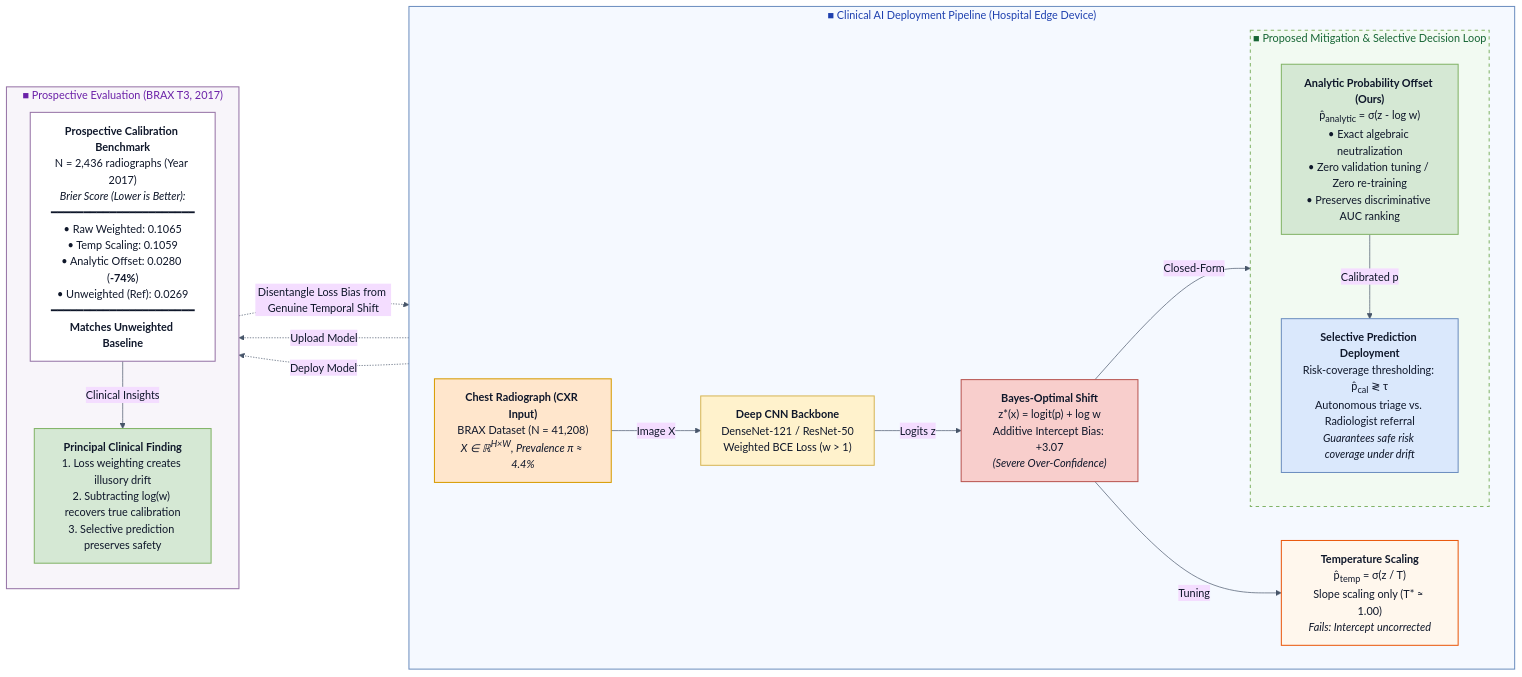
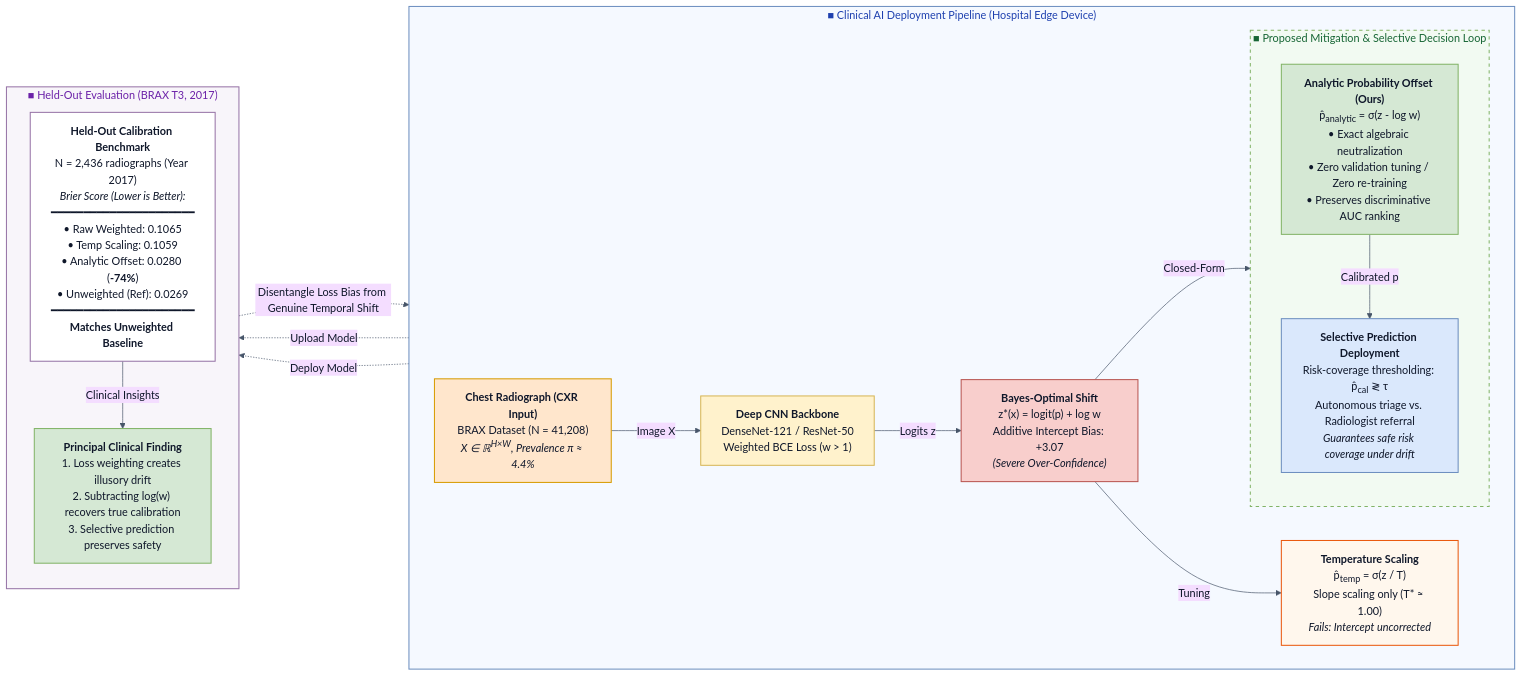
One commit to Vishesh-panghal/temporal-brax-calibration changed the diagram in manuscript_cibm/graphical_abstract.mmd. Above: the diagram before and after it, drawn with Mermaid. The commit also changed 7 other files, not shown here.

```diff
--- a/manuscript_cibm/graphical_abstract.mmd
+++ b/manuscript_cibm/graphical_abstract.mmd
@@ -1,75 +1,75 @@
 %%{init: {'theme': 'base', 'themeVariables': { 'fontFamily': 'arial, sans-serif', 'primaryTextColor': '#0F172A', 'lineColor': '#475569' }}}%%
 graph LR
 
     %% ==========================================
     %% 1. HOSPITAL EDGE DEPLOYMENT PIPELINE
     %% ==========================================
     subgraph EdgeDevice ["■ Clinical AI Deployment Pipeline (Hospital Edge Device)"]
         direction LR
 
         A["<b>Chest Radiograph (CXR Input)</b><br/>BRAX Dataset (N = 41,208)<br/><i>X ∈ ℝ<sup>H×W</sup>, Prevalence π ≈ 4.4%</i>"]
         B["<b>Deep CNN Backbone</b><br/>DenseNet-121 / ResNet-50<br/>Weighted BCE Loss (w > 1)"]
         C["<b>Bayes-Optimal Shift</b><br/>z*(x) = logit(p) + log w<br/>Additive Intercept Bias: +3.07<br/><i>(Severe Over-Confidence)</i>"]
 
         A -->|Image X| B
         B -->|Logits z| C
 
         %% Conventional Branch
         D["<b>Temperature Scaling</b><br/>p̂<sub>temp</sub> = σ(z / T)<br/>Slope scaling only (T* ≈ 1.00)<br/><i>Fails: Intercept uncorrected</i>"]
         C -->|Tuning| D
 
         %% Mitigation Subgraph
         subgraph MitigationLoop ["■ Proposed Mitigation & Selective Decision Loop"]
             direction TB
             E["<b>Analytic Probability Offset (Ours)</b><br/>p̂<sub>analytic</sub> = σ(z - log w)<br/>• Exact algebraic neutralization<br/>• Zero validation tuning / Zero re-training<br/>• Preserves discriminative AUC ranking"]
             F["<b>Selective Prediction Deployment</b><br/>Risk-coverage thresholding: p̂<sub>cal</sub> ≷ τ<br/>Autonomous triage vs. Radiologist referral<br/><i>Guarantees safe risk coverage under drift</i>"]
             
             E -->|Calibrated p| F
         end
 
         C -->|Closed-Form| E
     end
 
     %% ==========================================
-    %% 2. PROSPECTIVE EVALUATION LAYER (BRAX T3)
+    %% 2. HELD-OUT EVALUATION LAYER (BRAX T3)
     %% ==========================================
-    subgraph ProspectiveEval ["■ Prospective Evaluation (BRAX T3, 2017)"]
+    subgraph StratumEval ["■ Held-Out Evaluation (BRAX T3, 2017)"]
         direction TB
 
-        G["<b>Prospective Calibration Benchmark</b><br/>N = 2,436 radiographs (Year 2017)<br/><i>Brier Score (Lower is Better):</i><br/>━━━━━━━━━━━━━━━━━━━━━━<br/>• Raw Weighted: 0.1065<br/>• Temp Scaling: 0.1059<br/>• Analytic Offset: 0.0280 (<b>-74%</b>)<br/>• Unweighted (Ref): 0.0269<br/>━━━━━━━━━━━━━━━━━━━━━━<br/><b>Matches Unweighted Baseline</b>"]
+        G["<b>Held-Out Calibration Benchmark</b><br/>N = 2,436 radiographs (Year 2017)<br/><i>Brier Score (Lower is Better):</i><br/>━━━━━━━━━━━━━━━━━━━━━━<br/>• Raw Weighted: 0.1065<br/>• Temp Scaling: 0.1059<br/>• Analytic Offset: 0.0280 (<b>-74%</b>)<br/>• Unweighted (Ref): 0.0269<br/>━━━━━━━━━━━━━━━━━━━━━━<br/><b>Matches Unweighted Baseline</b>"]
         
         H["<b>Principal Clinical Finding</b><br/>1. Loss weighting creates illusory drift<br/>2. Subtracting log(w) recovers true calibration<br/>3. Selective prediction preserves safety"]
 
         G -->|Clinical Insights| H
     end
 
     %% ==========================================
     %% 3. INTER-CONTAINER CONNECTORS
     %% ==========================================
     D -.->|Upload Model| G
     F -.->|Deploy Model| G
     G -.->|Disentangle Loss Bias from Genuine Temporal Shift| B
 
     %% ==========================================
     %% STYLING (Draw.io Palette Matching)
     %% ==========================================
     classDef tanNode fill:#FFE6CC,stroke:#D79B00,stroke-width:1.5px,color:#0F172A;
     classDef yellowNode fill:#FFF2CC,stroke:#D6B656,stroke-width:1.5px,color:#0F172A;
     classDef pinkNode fill:#F8CECC,stroke:#B85450,stroke-width:1.5px,color:#0F172A;
     classDef orangeNode fill:#FFF7ED,stroke:#EA580C,stroke-width:1.5px,color:#0F172A;
     classDef greenNode fill:#D5E8D4,stroke:#82B366,stroke-width:1.5px,color:#0F172A;
     classDef blueNode fill:#DAE8FC,stroke:#6C8EBF,stroke-width:1.5px,color:#0F172A;
     classDef whiteNode fill:#FFFFFF,stroke:#9673A6,stroke-width:1.5px,color:#0F172A;
 
     class A tanNode;
     class B yellowNode;
     class C pinkNode;
     class D orangeNode;
     class E greenNode;
     class F blueNode;
     class G whiteNode;
     class H greenNode;
 
     style EdgeDevice fill:#F5F9FF,stroke:#6C8EBF,stroke-width:1.5px,color:#1E40AF;
     style MitigationLoop fill:#F2FAF2,stroke:#82B366,stroke-width:1.5px,stroke-dasharray: 5 5,color:#166534;
-    style ProspectiveEval fill:#F8F5FA,stroke:#9673A6,stroke-width:1.5px,color:#6B21A8;
+    style StratumEval fill:#F8F5FA,stroke:#9673A6,stroke-width:1.5px,color:#6B21A8;
```
